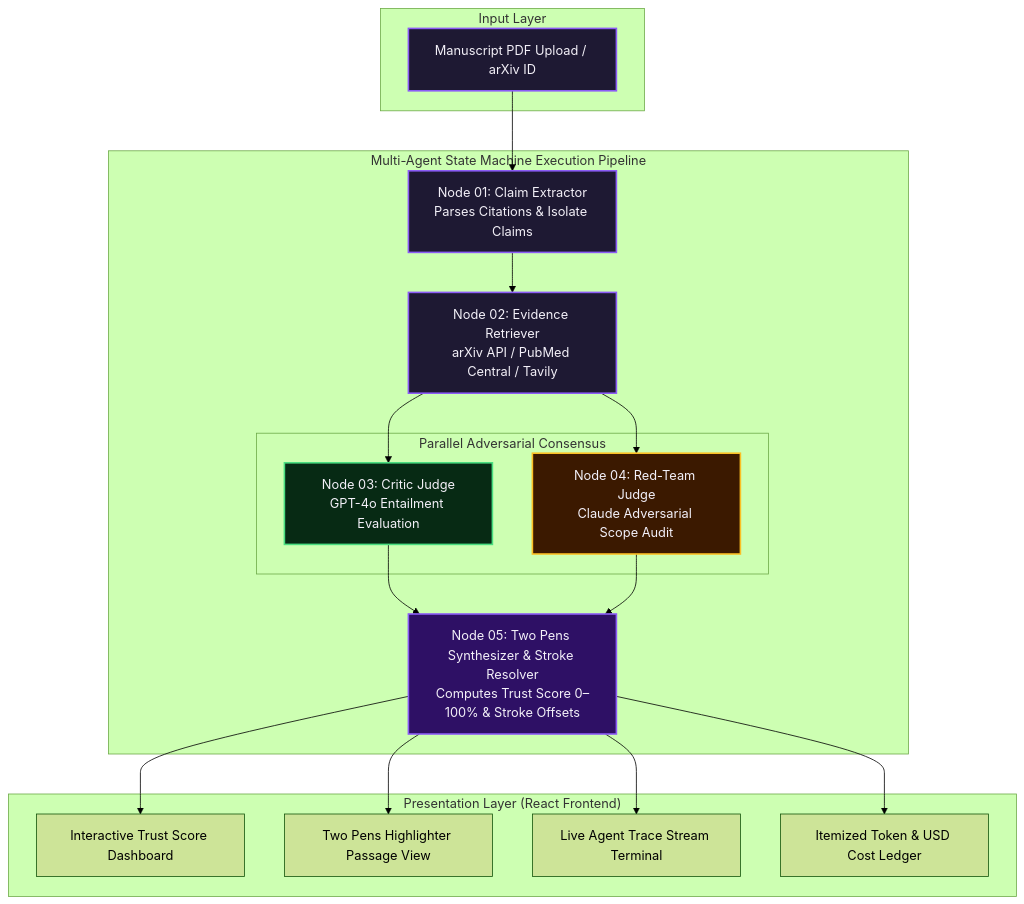
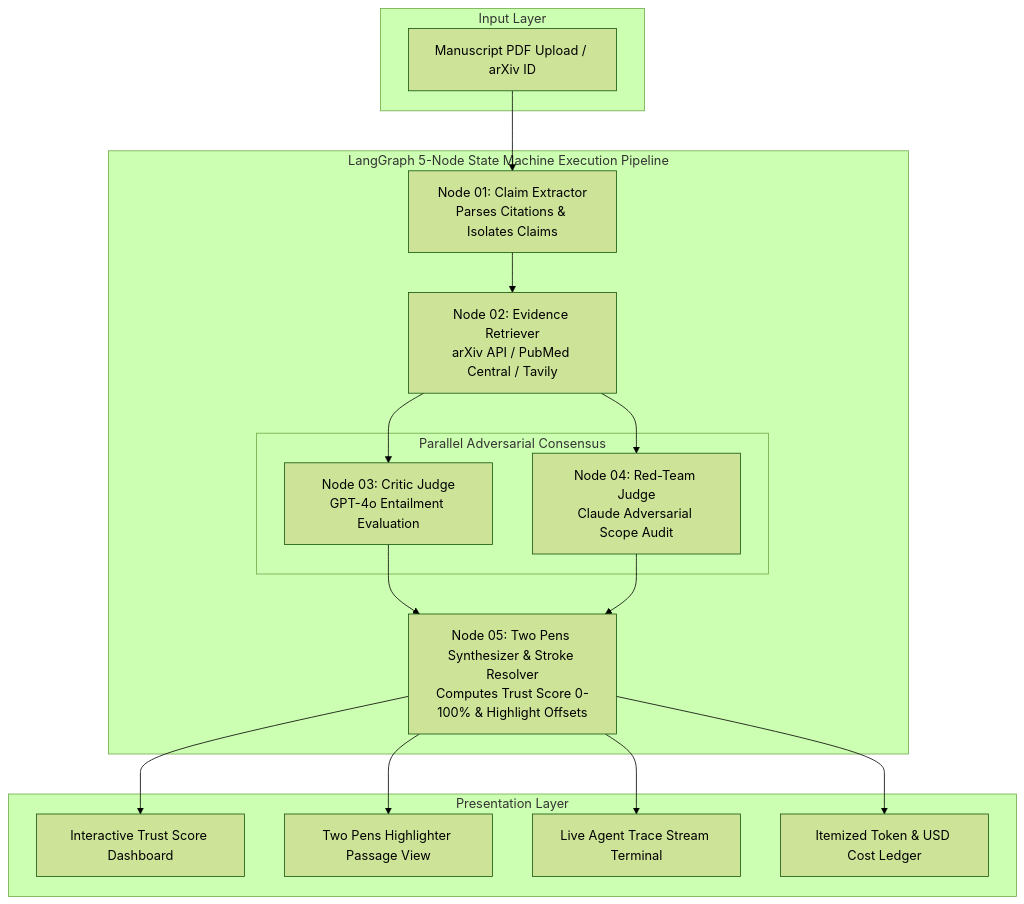
One commit to KanishJebaMathewM/Citation-Integrity-Engine changed the diagram in README.md. Above: the diagram before and after it, drawn with Mermaid (forest theme). The commit also changed other lines of this file, not shown here.

Commit message:
docs: add centered logo header using favicon.svg and GitHub-native Mermaid architecture diagram

````diff
--- a/README.md
+++ b/README.md
@@ -15,46 +19,36 @@
 ```mermaid
 flowchart TD
-    subgraph InputLayer ["Input Layer"]
+    subgraph Input ["Input Layer"]
         A[Manuscript PDF Upload / arXiv ID]
     end
 
-    subgraph StateMachine ["Multi-Agent State Machine Execution Pipeline"]
-        B[Node 01: Claim Extractor<br/>Parses Citations &amp; Isolate Claims]
+    subgraph StateMachine ["LangGraph 5-Node State Machine Execution Pipeline"]
+        B[Node 01: Claim Extractor<br/>Parses Citations &amp; Isolates Claims]
         C[Node 02: Evidence Retriever<br/>arXiv API / PubMed Central / Tavily]
         
-        subgraph ParallelConsensus ["Parallel Adversarial Consensus"]
+        subgraph Consensus ["Parallel Adversarial Consensus"]
             D[Node 03: Critic Judge<br/>GPT-4o Entailment Evaluation]
             E[Node 04: Red-Team Judge<br/>Claude Adversarial Scope Audit]
         end
         
-        F[Node 05: Two Pens Synthesizer &amp; Stroke Resolver<br/>Computes Trust Score 0–100% &amp; Stroke Offsets]
+        F[Node 05: Two Pens Synthesizer &amp; Stroke Resolver<br/>Computes Trust Score 0-100% &amp; Highlight Offsets]
     end
 
-    subgraph PresentationLayer ["Presentation Layer (React Frontend)"]
+    subgraph Presentation ["Presentation Layer"]
         G[Interactive Trust Score Dashboard]
         H[Two Pens Highlighter Passage View]
         I[Live Agent Trace Stream Terminal]
         J[Itemized Token &amp; USD Cost Ledger]
     end
 
     A --> B
     B --> C
     C --> D
     C --> E
     D --> F
     E --> F
     F --> G
     F --> H
     F --> I
     F --> J
-
-    classDef primary fill:#1e1933,stroke:#8b5cf6,stroke-width:2px,color:#f3f0f8;
-    classDef critic fill:#072a14,stroke:#4ade80,stroke-width:2px,color:#f3f0f8;
-    classDef redteam fill:#3b1900,stroke:#fbbf24,stroke-width:2px,color:#f3f0f8;
-    classDef synth fill:#2e1065,stroke:#8b5cf6,stroke-width:2px,color:#f3f0f8;
-
-    class A,B,C primary;
-    class D critic;
-    class E redteam;
-    class F synth;
 ```
````
